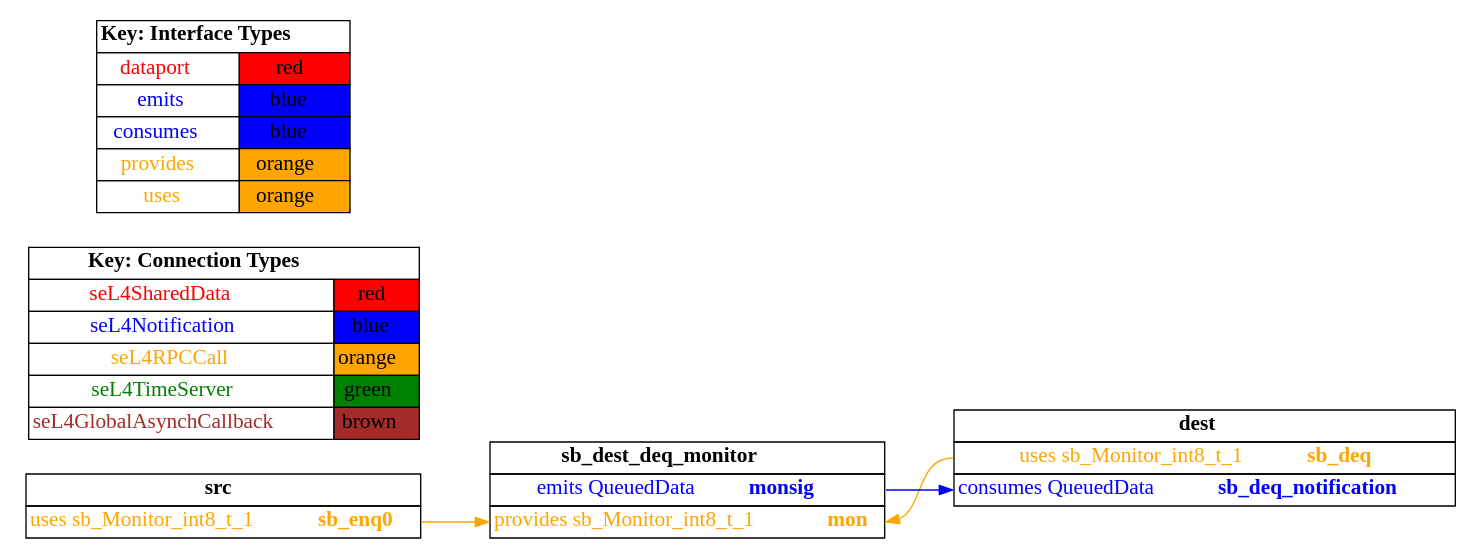
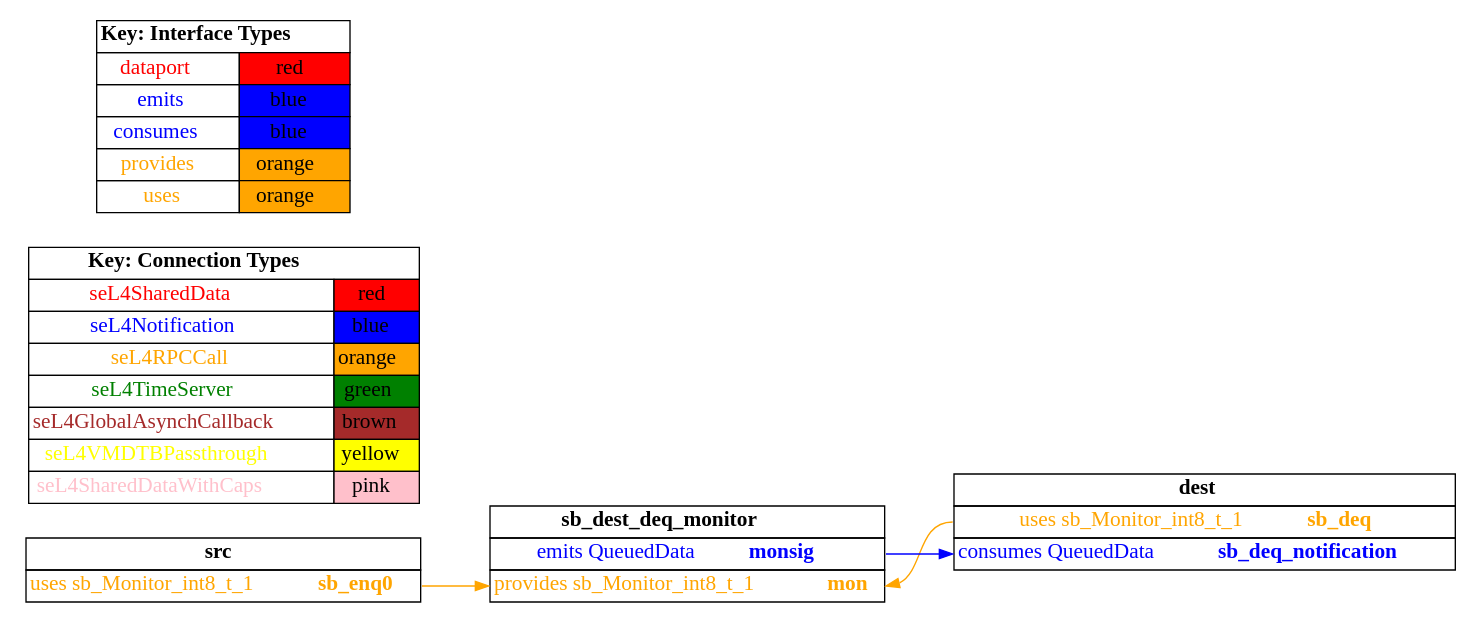
One commit to loonwerks/CASE changed the diagram in TA5/tool-evaluation-4/HAMR/examples/test_event_data_port/CAmkES_seL4_TB/graph.dot. Above: the diagram before and after it, drawn with Graphviz. The commit also changed 1792 other files, not shown here.

```diff
--- a/TA5/tool-evaluation-4/HAMR/examples/test_event_data_port/CAmkES_seL4_TB/graph.dot
+++ b/TA5/tool-evaluation-4/HAMR/examples/test_event_data_port/CAmkES_seL4_TB/graph.dot
@@ -1,91 +1,93 @@
 digraph g {
 graph [
   overlap = false,
   rankdir = "LR"
 ];
 node [
   fontsize = "16",
   shape = "ellipse"
 ];
 edge [
 ];
 
 src [
   label=<
     <TABLE BORDER="0" CELLBORDER="1" CELLSPACING="0">
       <TR><TD><B>src</B></TD></TR>
       <TR><TD PORT="sb_enq0"><FONT COLOR="orange">uses sb_Monitor_int8_t_1 <B>sb_enq0</B></FONT></TD></TR>"
     </TABLE>
   >
   shape=plaintext
 ];
 
 dest [
   label=<
     <TABLE BORDER="0" CELLBORDER="1" CELLSPACING="0">
       <TR><TD><B>dest</B></TD></TR>
       <TR><TD PORT="sb_deq"><FONT COLOR="orange">uses sb_Monitor_int8_t_1 <B>sb_deq</B></FONT></TD></TR>
       <TR><TD PORT="sb_deq_notification"><FONT COLOR="blue">consumes QueuedData <B>sb_deq_notification</B></FONT></TD></TR>"
     </TABLE>
   >
   shape=plaintext
 ];
 
 sb_dest_deq_monitor [
   label=<
     <TABLE BORDER="0" CELLBORDER="1" CELLSPACING="0">
       <TR><TD><B>sb_dest_deq_monitor</B></TD></TR>
       <TR><TD PORT="monsig"><FONT COLOR="blue">emits QueuedData <B>monsig</B></FONT></TD></TR>
       <TR><TD PORT="mon"><FONT COLOR="orange">provides sb_Monitor_int8_t_1 <B>mon</B></FONT></TD></TR>"
     </TABLE>
   >
   shape=plaintext
 ];
 
 connectiontypekey [
   label=<
    <TABLE BORDER="0" CELLBORDER="1" CELLSPACING="0">
      <TR><TD COLSPAN="2"><B>Key: Connection Types</B></TD></TR>
      <TR><TD><FONT COLOR="red">seL4SharedData</FONT></TD><TD BGCOLOR="red">red</TD></TR>
      <TR><TD><FONT COLOR="blue">seL4Notification</FONT></TD><TD BGCOLOR="blue">blue</TD></TR>
      <TR><TD><FONT COLOR="orange">seL4RPCCall</FONT></TD><TD BGCOLOR="orange">orange</TD></TR>
      <TR><TD><FONT COLOR="green">seL4TimeServer</FONT></TD><TD BGCOLOR="green">green</TD></TR>
      <TR><TD><FONT COLOR="brown">seL4GlobalAsynchCallback</FONT></TD><TD BGCOLOR="brown">brown</TD></TR>
+     <TR><TD><FONT COLOR="yellow">seL4VMDTBPassthrough</FONT></TD><TD BGCOLOR="yellow">yellow</TD></TR>
+     <TR><TD><FONT COLOR="pink">seL4SharedDataWithCaps</FONT></TD><TD BGCOLOR="pink">pink</TD></TR>
    </TABLE>
   >
   shape=plaintext
 ];
 
 interfacetypekey [
   label=<
    <TABLE BORDER="0" CELLBORDER="1" CELLSPACING="0">
      <TR><TD COLSPAN="2"><B>Key: Interface Types</B></TD></TR>
      <TR><TD><FONT COLOR="red">dataport</FONT></TD><TD BGCOLOR="red">red</TD></TR>
      <TR><TD><FONT COLOR="blue">emits</FONT></TD><TD BGCOLOR="blue">blue</TD></TR>
      <TR><TD><FONT COLOR="blue">consumes</FONT></TD><TD BGCOLOR="blue">blue</TD></TR>
      <TR><TD><FONT COLOR="orange">provides</FONT></TD><TD BGCOLOR="orange">orange</TD></TR>
      <TR><TD><FONT COLOR="orange">uses</FONT></TD><TD BGCOLOR="orange">orange</TD></TR>
    </TABLE>
   >
   shape=plaintext
 ];
 
 "src":sb_enq0 -> "sb_dest_deq_monitor":mon [
   color="orange"
   //label = "seL4RPCCall"
   id = conn1
 ];
 
 "dest":sb_deq -> "sb_dest_deq_monitor":mon [
   color="orange"
   //label = "seL4RPCCall"
   id = conn2
 ];
 
 "sb_dest_deq_monitor":monsig -> "dest":sb_deq_notification [
   color="blue"
   //label = "seL4Notification"
   id = conn3
 ];
 
 }
```
